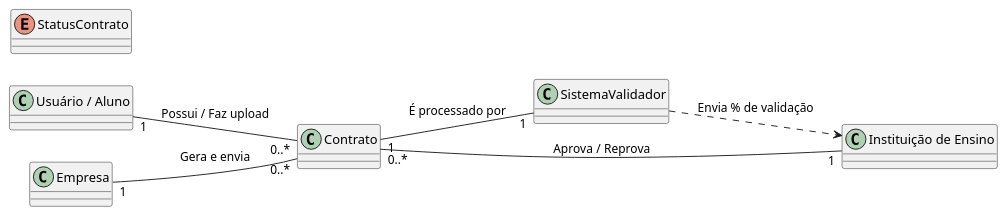
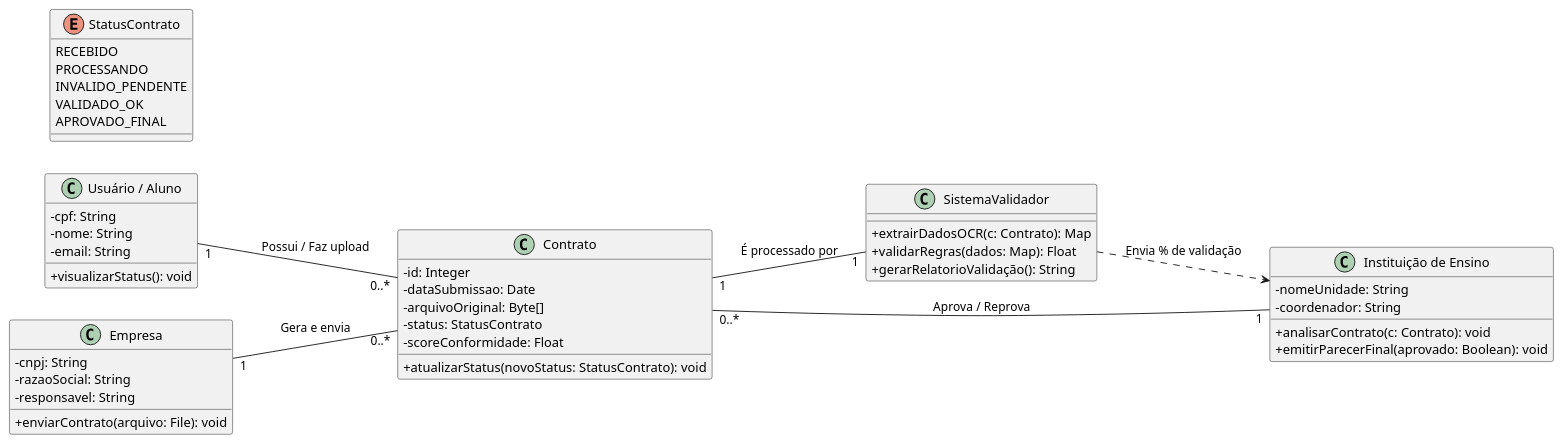
The diagram in docs/Elaboracao/diagrama_de_classes.md (Projetos-de-Extensao/PBE_26.1_8001_III), drawn with PlantUML before and after one commit.

Commit message:
adicao dos atributos das classes

````diff
--- a/docs/Elaboracao/diagrama_de_classes.md
+++ b/docs/Elaboracao/diagrama_de_classes.md
@@ -10,59 +10,59 @@
 ```plantuml
 @startuml
 skinparam classAttributeIconSize 0
 left to right direction
 
 ' Classes Principais
 class "Usuário / Aluno" as Usuario {
-  '- cpf: String
-  '- nome: String
- ' - email: String
-  '+ visualizarStatus(): void
+  - cpf: String
+  - nome: String
+  - email: String
+  + visualizarStatus(): void
 }
 
 class Empresa {
-  '- cnpj: String
-  '- razaoSocial: String
-  '- responsavel: String
-  '+ enviarContrato(arquivo: File): void
+  - cnpj: String
+  - razaoSocial: String
+  - responsavel: String
+  + enviarContrato(arquivo: File): void
 }
 
 class Contrato {
-  '- id: Integer
-  '- dataSubmissao: Date
-  '- arquivoOriginal: Byte[]
-  '- status: StatusContrato
-  '- scoreConformidade: Float
-  '+ atualizarStatus(novoStatus: StatusContrato): void
+  - id: Integer
+  - dataSubmissao: Date
+  - arquivoOriginal: Byte[]
+  - status: StatusContrato
+  - scoreConformidade: Float
+  + atualizarStatus(novoStatus: StatusContrato): void
 }
 
 class SistemaValidador {
-  '+ extrairDadosOCR(c: Contrato): Map
-  '+ validarRegras(dados: Map): Float
-  '+ gerarRelatorioValidação(): String
+  + extrairDadosOCR(c: Contrato): Map
+  + validarRegras(dados: Map): Float
+  + gerarRelatorioValidação(): String
 }
 
 class "Instituição de Ensino" as Instituicao {
-  '- nomeUnidade: String
-  '- coordenador: String
-  '+ analisarContrato(c: Contrato): void
-  '+ emitirParecerFinal(aprovado: Boolean): void
+  - nomeUnidade: String
+  - coordenador: String
+  + analisarContrato(c: Contrato): void
+  + emitirParecerFinal(aprovado: Boolean): void
 }
 
 enum StatusContrato {
-  'RECEBIDO
-  'PROCESSANDO
-  'INVALIDO_PENDENTE
-  'VALIDADO_OK
-  'APROVADO_FINAL
+  RECEBIDO
+  PROCESSANDO
+  INVALIDO_PENDENTE
+  VALIDADO_OK
+  APROVADO_FINAL
 }
 
 ' Relacionamentos
 Empresa "1" -- "0..*" Contrato : "Gera e envia"
 Usuario "1" -- "0..*" Contrato : "Possui / Faz upload"
 Contrato "1" -- "1" SistemaValidador : "É processado por"
 SistemaValidador ..> Instituicao : "Envia % de validação"
 Instituicao "1" -- "0..*" Contrato : "Aprova / Reprova"
 
 @enduml
 ```
````
